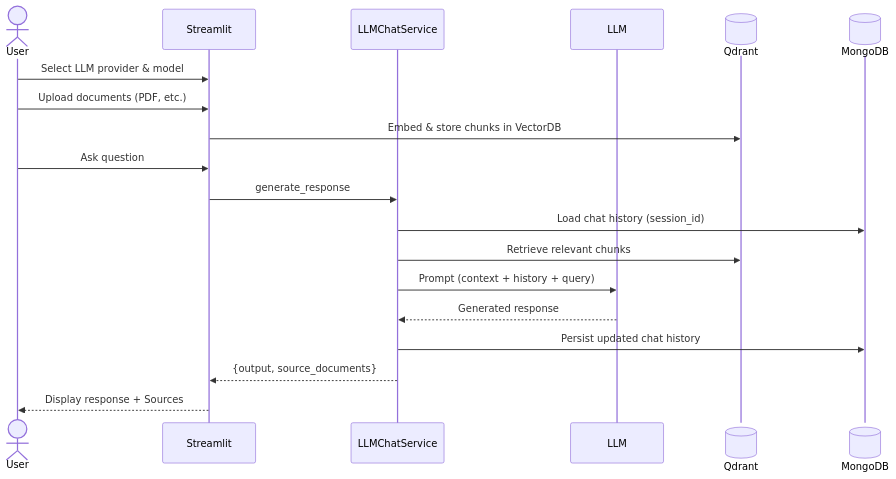
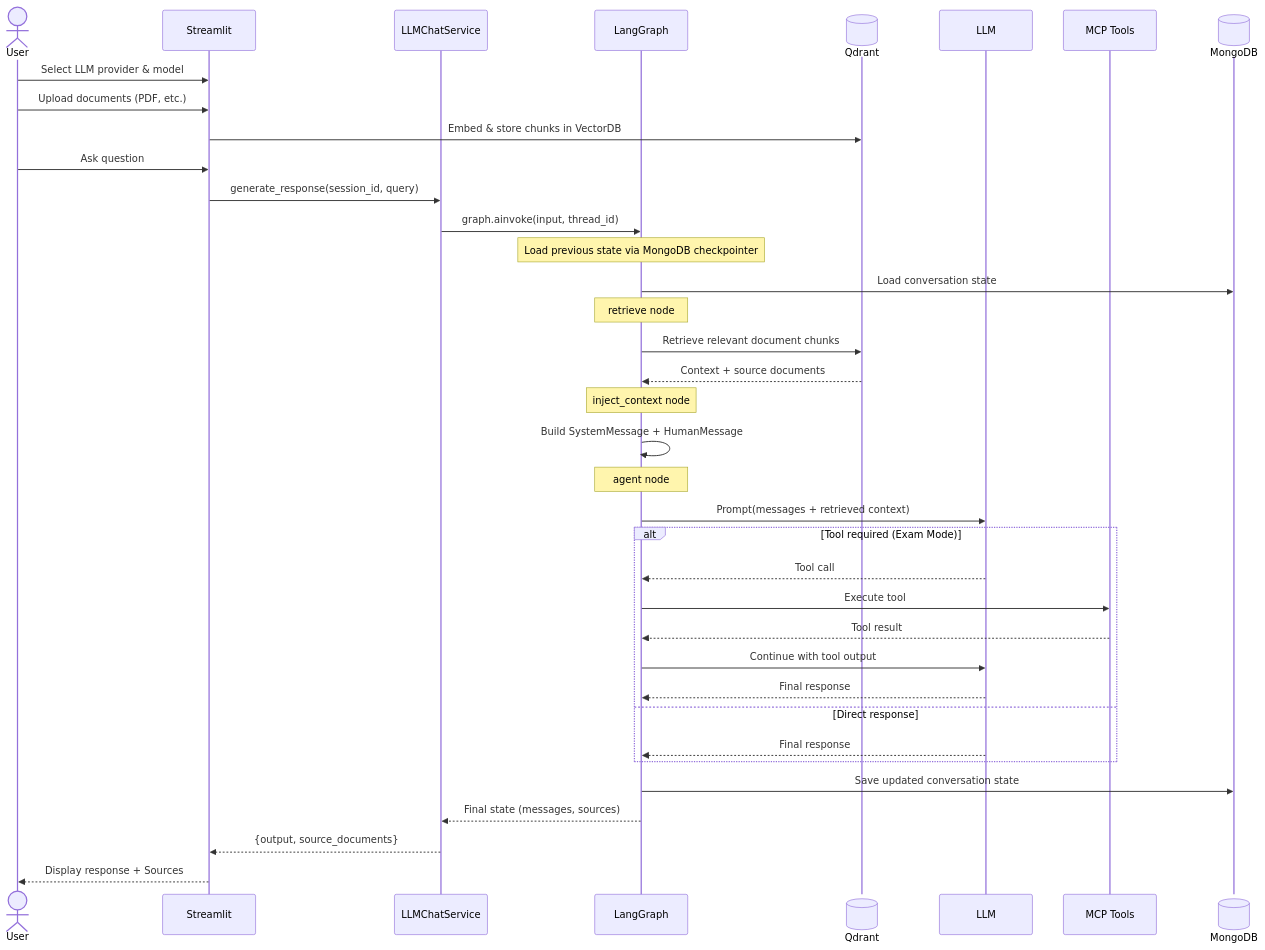
Before and after one commit to marco-fpereira/study-pal: the diagram in README.md, drawn with Mermaid. The commit also changed other lines of this file and 15 other files, not shown here.

First line of the commit message:
Feature/include question generator mcp tool (#1)

````diff
--- a/README.md
+++ b/README.md
@@ -21,27 +22,49 @@
 ```mermaid
 sequenceDiagram
     actor User
     participant Streamlit
     participant LLMChatService
+    participant LangGraph
+    participant Qdrant@{ "type": "database" }
     participant LLM
-    participant Qdrant@{ "type" : "database" }
-    participant MongoDB@{ "type" : "database" }
+    participant MCPTool as MCP Tools
+    participant MongoDB@{ "type": "database" }
 
     User->>Streamlit: Select LLM provider & model
     User->>Streamlit: Upload documents (PDF, etc.)
     Streamlit->>Qdrant: Embed & store chunks in VectorDB
 
     User->>Streamlit: Ask question
-    Streamlit->>LLMChatService: generate_response
+    Streamlit->>LLMChatService: generate_response(session_id, query)
 
-    LLMChatService->>MongoDB: Load chat history (session_id)
-    LLMChatService->>Qdrant: Retrieve relevant chunks
+    LLMChatService->>LangGraph: graph.ainvoke(input, thread_id)
 
-    LLMChatService->>LLM: Prompt (context + history + query)
-    LLM-->>LLMChatService: Generated response
+    Note over LangGraph: Load previous state via MongoDB checkpointer
+    LangGraph->>MongoDB: Load conversation state
 
-    LLMChatService->>MongoDB: Persist updated chat history
+    Note over LangGraph: retrieve node
+    LangGraph->>Qdrant: Retrieve relevant document chunks
+    Qdrant-->>LangGraph: Context + source documents
 
+    Note over LangGraph: inject_context node
+    LangGraph->>LangGraph: Build SystemMessage + HumanMessage
+
+    Note over LangGraph: agent node
+    LangGraph->>LLM: Prompt(messages + retrieved context)
+
+    alt Tool required (Exam Mode)
+        LLM-->>LangGraph: Tool call
+        LangGraph->>MCPTool: Execute tool
+        MCPTool-->>LangGraph: Tool result
+        LangGraph->>LLM: Continue with tool output
+        LLM-->>LangGraph: Final response
+    else Direct response
+        LLM-->>LangGraph: Final response
+    end
+
+    LangGraph->>MongoDB: Save updated conversation state
+
+    LangGraph-->>LLMChatService: Final state (messages, sources)
     LLMChatService-->>Streamlit: {output, source_documents}
     Streamlit-->>User: Display response + Sources
 ```
````
